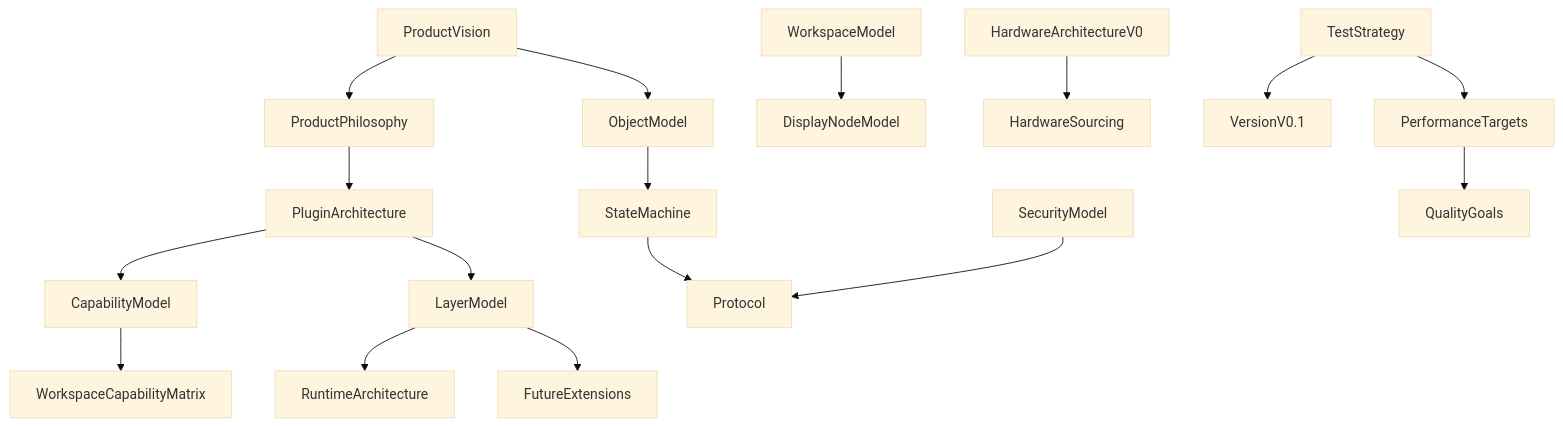
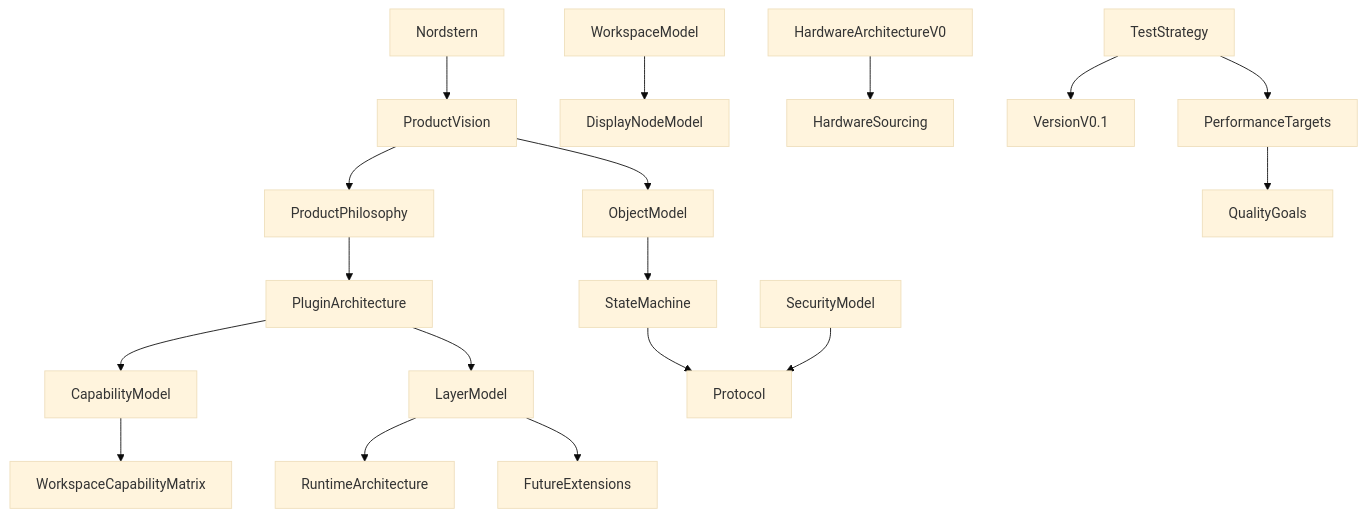
Before and after one commit to rk-engineeringAToutlook-de/RKWorkspace: the diagram in Spec/README.md, drawn with Mermaid (base theme). The commit also changed other lines of this file and 5 other files, not shown here.

Commit message:
docs: add RK Workspace north star

````diff
--- a/Spec/README.md
+++ b/Spec/README.md
@@ -14,19 +14,20 @@
 ```mermaid
 flowchart TB
+    NorthStar["Nordstern"] --> Product["ProductVision"]
     Product["ProductVision"] --> Object["ObjectModel"]
     Product --> Philosophy["ProductPhilosophy"]
     Philosophy --> Plugin["PluginArchitecture"]
     Plugin --> Capability["CapabilityModel"]
     Capability --> Matrix["WorkspaceCapabilityMatrix"]
     Plugin --> Layer["LayerModel"]
     Layer --> Runtime["RuntimeArchitecture"]
     Object --> State["StateMachine"]
     State --> Protocol["Protocol"]
     Security["SecurityModel"] --> Protocol
     Workspace["WorkspaceModel"] --> Nodes["DisplayNodeModel"]
     Hardware["HardwareArchitectureV0"] --> Sourcing["HardwareSourcing"]
     Tests["TestStrategy"] --> V01["VersionV0.1"]
     Layer --> Future["FutureExtensions"]
     Tests --> Performance["PerformanceTargets"]
     Performance --> Quality["QualityGoals"]
 ```
````
